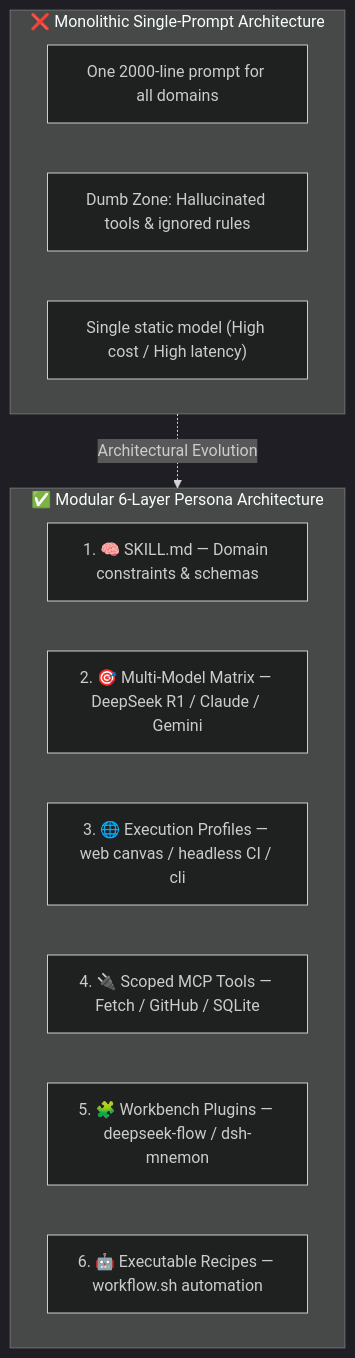
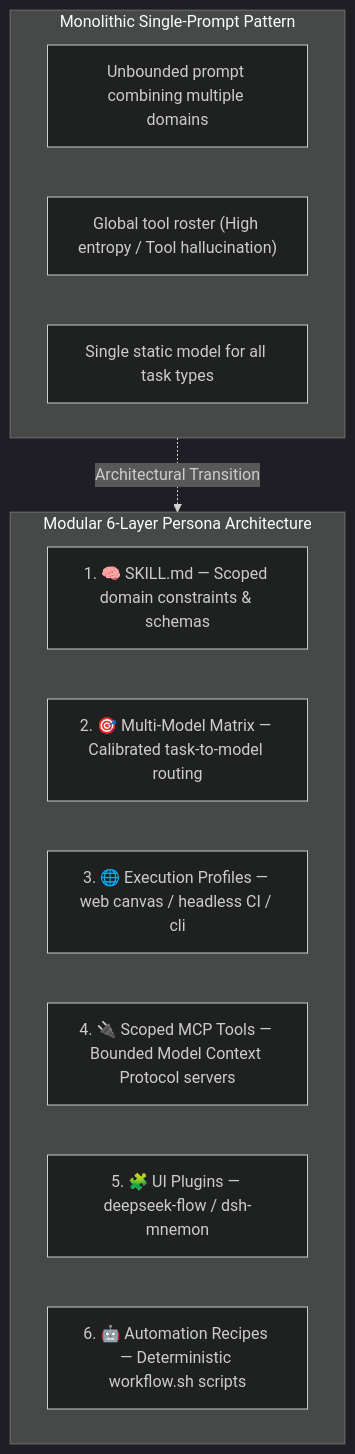
The first of 2 diagrams in docs/research-notes-ai-personas.md (hdjebar/DSH-DDS), drawn with Mermaid (dark theme) before and after one commit. The commit also changed other lines of this file and 20 other files, not shown here.

Commit message:
fix(docs): fix sdmx-expert manifest, add normative persona schema, trust boundaries, rigorous citations, and unify 6-layer architecture

````diff
--- a/docs/research-notes-ai-personas.md
+++ b/docs/research-notes-ai-personas.md
@@ -22,19 +30,19 @@
 ```mermaid
 flowchart TD
-    subgraph Monolithic_Failure ["❌ Monolithic Single-Prompt Architecture"]
-        M1["One 2000-line prompt for all domains"]
-        M2["Dumb Zone: Hallucinated tools & ignored rules"]
-        M3["Single static model (High cost / High latency)"]
+    subgraph Monolithic_Pattern ["Monolithic Single-Prompt Pattern"]
+        M1["Unbounded prompt combining multiple domains"]
+        M2["Global tool roster (High entropy / Tool hallucination)"]
+        M3["Single static model for all task types"]
     end
 
-    subgraph Persona_Architecture ["✅ Modular 6-Layer Persona Architecture"]
-        P1["1. 🧠 SKILL.md — Domain constraints & schemas"]
-        P2["2. 🎯 Multi-Model Matrix — DeepSeek R1 / Claude / Gemini"]
+    subgraph Persona_Pattern ["Modular 6-Layer Persona Architecture"]
+        P1["1. 🧠 SKILL.md — Scoped domain constraints & schemas"]
+        P2["2. 🎯 Multi-Model Matrix — Calibrated task-to-model routing"]
         P3["3. 🌐 Execution Profiles — web canvas / headless CI / cli"]
-        P4["4. 🔌 Scoped MCP Tools — Fetch / GitHub / SQLite"]
-        P5["5. 🧩 Workbench Plugins — deepseek-flow / dsh-mnemon"]
-        P6["6. 🤖 Executable Recipes — workflow.sh automation"]
+        P4["4. 🔌 Scoped MCP Tools — Bounded Model Context Protocol servers"]
+        P5["5. 🧩 UI Plugins — deepseek-flow / dsh-mnemon"]
+        P6["6. 🤖 Automation Recipes — Deterministic workflow.sh scripts"]
     end
 
-    Monolithic_Failure -.->|Architectural Evolution| Persona_Architecture
+    Monolithic_Pattern -.->|Architectural Transition| Persona_Pattern
 ```
````
